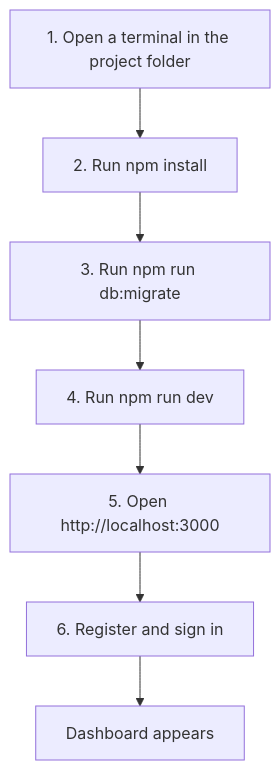
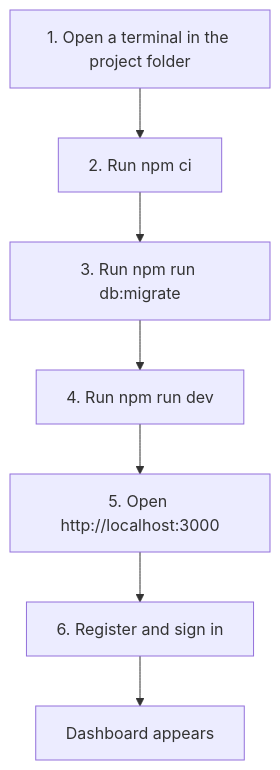
Before and after one commit to ahsanibnewalid/managesocialmedia: the fourth of 11 diagrams in docs/BEGINNER_VISUAL_GUIDE.md, drawn with Mermaid. The commit also changed other lines of this file, not shown here.

Commit message:
docs(setup): prefer reproducible npm ci install

````diff
--- a/docs/BEGINNER_VISUAL_GUIDE.md
+++ b/docs/BEGINNER_VISUAL_GUIDE.md
@@ -99,9 +99,9 @@
 ```mermaid
 flowchart TD
-    A["1. Open a terminal in the project folder"] --> B["2. Run npm install"]
+    A["1. Open a terminal in the project folder"] --> B["2. Run npm ci"]
     B --> C["3. Run npm run db:migrate"]
     C --> D["4. Run npm run dev"]
     D --> E["5. Open http://localhost:3000"]
     E --> F["6. Register and sign in"]
     F --> G["Dashboard appears"]
 ```
````
